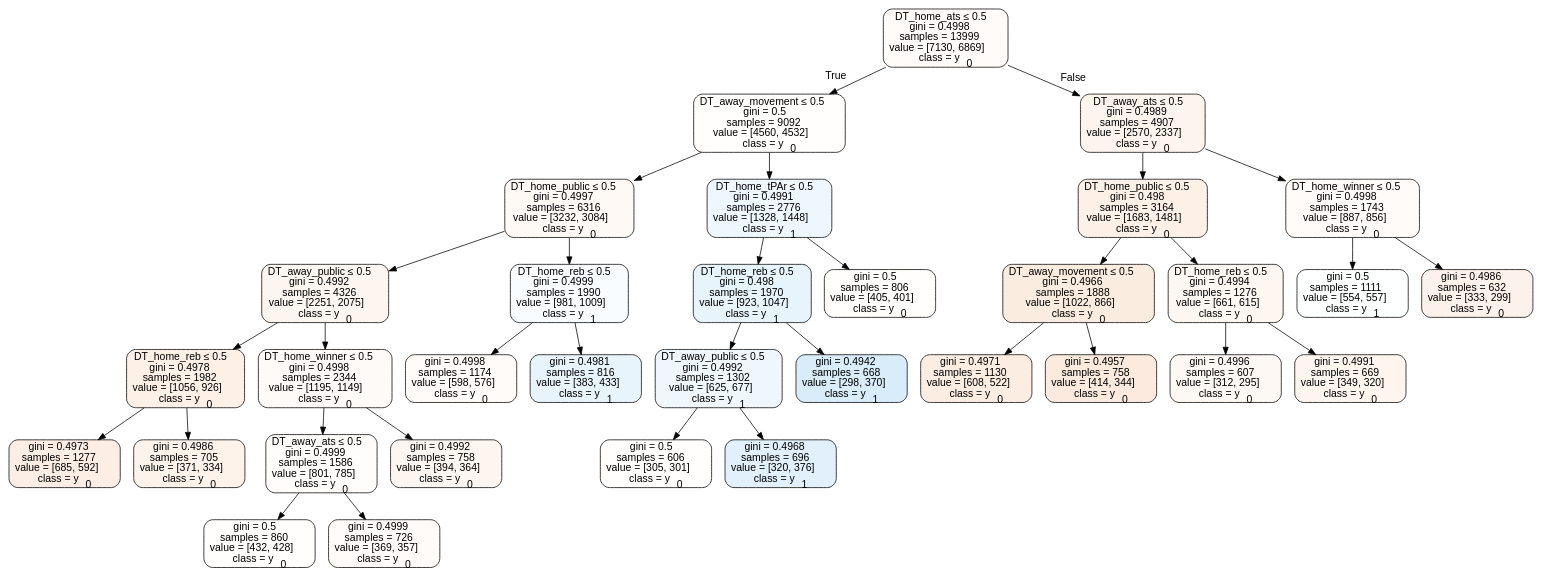
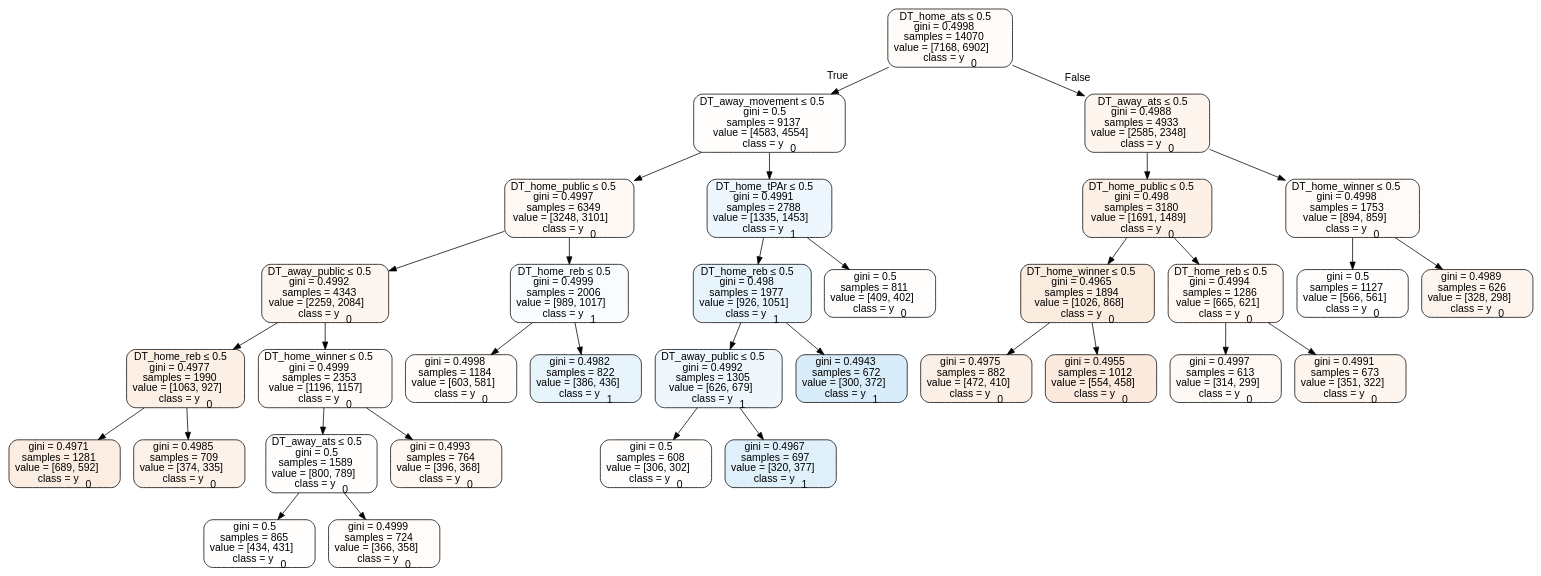
One commit to usbogie/ncaa-bets changed the diagram in tree_data/tree2012home.dot. Above: the diagram before and after it, drawn with Graphviz. The commit also changed 27 other files, not shown here.

```diff
--- a/tree_data/tree2012home.dot
+++ b/tree_data/tree2012home.dot
@@ -1,69 +1,69 @@
 digraph Tree {
 node [shape=box, style="filled, rounded", color="black", fontname=helvetica] ;
 edge [fontname=helvetica] ;
-0 [label=<DT_home_ats &le; 0.5<br/>gini = 0.4998<br/>samples = 13999<br/>value = [7130, 6869]<br/>class = y<SUB>0</SUB>>, fillcolor="#e5813909"] ;
-1 [label=<DT_away_movement &le; 0.5<br/>gini = 0.5<br/>samples = 9092<br/>value = [4560, 4532]<br/>class = y<SUB>0</SUB>>, fillcolor="#e5813902"] ;
+0 [label=<DT_home_ats &le; 0.5<br/>gini = 0.4998<br/>samples = 14070<br/>value = [7168, 6902]<br/>class = y<SUB>0</SUB>>, fillcolor="#e5813909"] ;
+1 [label=<DT_away_movement &le; 0.5<br/>gini = 0.5<br/>samples = 9137<br/>value = [4583, 4554]<br/>class = y<SUB>0</SUB>>, fillcolor="#e5813902"] ;
 0 -> 1 [labeldistance=2.5, labelangle=45, headlabel="True"] ;
-2 [label=<DT_home_public &le; 0.5<br/>gini = 0.4997<br/>samples = 6316<br/>value = [3232, 3084]<br/>class = y<SUB>0</SUB>>, fillcolor="#e581390c"] ;
+2 [label=<DT_home_public &le; 0.5<br/>gini = 0.4997<br/>samples = 6349<br/>value = [3248, 3101]<br/>class = y<SUB>0</SUB>>, fillcolor="#e581390c"] ;
 1 -> 2 ;
-3 [label=<DT_away_public &le; 0.5<br/>gini = 0.4992<br/>samples = 4326<br/>value = [2251, 2075]<br/>class = y<SUB>0</SUB>>, fillcolor="#e5813914"] ;
+3 [label=<DT_away_public &le; 0.5<br/>gini = 0.4992<br/>samples = 4343<br/>value = [2259, 2084]<br/>class = y<SUB>0</SUB>>, fillcolor="#e5813914"] ;
 2 -> 3 ;
-4 [label=<DT_home_reb &le; 0.5<br/>gini = 0.4978<br/>samples = 1982<br/>value = [1056, 926]<br/>class = y<SUB>0</SUB>>, fillcolor="#e581391f"] ;
+4 [label=<DT_home_reb &le; 0.5<br/>gini = 0.4977<br/>samples = 1990<br/>value = [1063, 927]<br/>class = y<SUB>0</SUB>>, fillcolor="#e5813921"] ;
 3 -> 4 ;
-5 [label=<gini = 0.4973<br/>samples = 1277<br/>value = [685, 592]<br/>class = y<SUB>0</SUB>>, fillcolor="#e5813923"] ;
+5 [label=<gini = 0.4971<br/>samples = 1281<br/>value = [689, 592]<br/>class = y<SUB>0</SUB>>, fillcolor="#e5813924"] ;
 4 -> 5 ;
-6 [label=<gini = 0.4986<br/>samples = 705<br/>value = [371, 334]<br/>class = y<SUB>0</SUB>>, fillcolor="#e5813919"] ;
+6 [label=<gini = 0.4985<br/>samples = 709<br/>value = [374, 335]<br/>class = y<SUB>0</SUB>>, fillcolor="#e581391b"] ;
 4 -> 6 ;
-7 [label=<DT_home_winner &le; 0.5<br/>gini = 0.4998<br/>samples = 2344<br/>value = [1195, 1149]<br/>class = y<SUB>0</SUB>>, fillcolor="#e581390a"] ;
+7 [label=<DT_home_winner &le; 0.5<br/>gini = 0.4999<br/>samples = 2353<br/>value = [1196, 1157]<br/>class = y<SUB>0</SUB>>, fillcolor="#e5813908"] ;
 3 -> 7 ;
-8 [label=<DT_away_ats &le; 0.5<br/>gini = 0.4999<br/>samples = 1586<br/>value = [801, 785]<br/>class = y<SUB>0</SUB>>, fillcolor="#e5813905"] ;
+8 [label=<DT_away_ats &le; 0.5<br/>gini = 0.5<br/>samples = 1589<br/>value = [800, 789]<br/>class = y<SUB>0</SUB>>, fillcolor="#e5813904"] ;
 7 -> 8 ;
-9 [label=<gini = 0.5<br/>samples = 860<br/>value = [432, 428]<br/>class = y<SUB>0</SUB>>, fillcolor="#e5813902"] ;
+9 [label=<gini = 0.5<br/>samples = 865<br/>value = [434, 431]<br/>class = y<SUB>0</SUB>>, fillcolor="#e5813902"] ;
 8 -> 9 ;
-10 [label=<gini = 0.4999<br/>samples = 726<br/>value = [369, 357]<br/>class = y<SUB>0</SUB>>, fillcolor="#e5813908"] ;
+10 [label=<gini = 0.4999<br/>samples = 724<br/>value = [366, 358]<br/>class = y<SUB>0</SUB>>, fillcolor="#e5813906"] ;
 8 -> 10 ;
-11 [label=<gini = 0.4992<br/>samples = 758<br/>value = [394, 364]<br/>class = y<SUB>0</SUB>>, fillcolor="#e5813913"] ;
+11 [label=<gini = 0.4993<br/>samples = 764<br/>value = [396, 368]<br/>class = y<SUB>0</SUB>>, fillcolor="#e5813912"] ;
 7 -> 11 ;
-12 [label=<DT_home_reb &le; 0.5<br/>gini = 0.4999<br/>samples = 1990<br/>value = [981, 1009]<br/>class = y<SUB>1</SUB>>, fillcolor="#399de507"] ;
+12 [label=<DT_home_reb &le; 0.5<br/>gini = 0.4999<br/>samples = 2006<br/>value = [989, 1017]<br/>class = y<SUB>1</SUB>>, fillcolor="#399de507"] ;
 2 -> 12 ;
-13 [label=<gini = 0.4998<br/>samples = 1174<br/>value = [598, 576]<br/>class = y<SUB>0</SUB>>, fillcolor="#e5813909"] ;
+13 [label=<gini = 0.4998<br/>samples = 1184<br/>value = [603, 581]<br/>class = y<SUB>0</SUB>>, fillcolor="#e5813909"] ;
 12 -> 13 ;
-14 [label=<gini = 0.4981<br/>samples = 816<br/>value = [383, 433]<br/>class = y<SUB>1</SUB>>, fillcolor="#399de51d"] ;
+14 [label=<gini = 0.4982<br/>samples = 822<br/>value = [386, 436]<br/>class = y<SUB>1</SUB>>, fillcolor="#399de51d"] ;
 12 -> 14 ;
-15 [label=<DT_home_tPAr &le; 0.5<br/>gini = 0.4991<br/>samples = 2776<br/>value = [1328, 1448]<br/>class = y<SUB>1</SUB>>, fillcolor="#399de515"] ;
+15 [label=<DT_home_tPAr &le; 0.5<br/>gini = 0.4991<br/>samples = 2788<br/>value = [1335, 1453]<br/>class = y<SUB>1</SUB>>, fillcolor="#399de515"] ;
 1 -> 15 ;
-16 [label=<DT_home_reb &le; 0.5<br/>gini = 0.498<br/>samples = 1970<br/>value = [923, 1047]<br/>class = y<SUB>1</SUB>>, fillcolor="#399de51e"] ;
+16 [label=<DT_home_reb &le; 0.5<br/>gini = 0.498<br/>samples = 1977<br/>value = [926, 1051]<br/>class = y<SUB>1</SUB>>, fillcolor="#399de51e"] ;
 15 -> 16 ;
-17 [label=<DT_away_public &le; 0.5<br/>gini = 0.4992<br/>samples = 1302<br/>value = [625, 677]<br/>class = y<SUB>1</SUB>>, fillcolor="#399de514"] ;
+17 [label=<DT_away_public &le; 0.5<br/>gini = 0.4992<br/>samples = 1305<br/>value = [626, 679]<br/>class = y<SUB>1</SUB>>, fillcolor="#399de514"] ;
 16 -> 17 ;
-18 [label=<gini = 0.5<br/>samples = 606<br/>value = [305, 301]<br/>class = y<SUB>0</SUB>>, fillcolor="#e5813903"] ;
+18 [label=<gini = 0.5<br/>samples = 608<br/>value = [306, 302]<br/>class = y<SUB>0</SUB>>, fillcolor="#e5813903"] ;
 17 -> 18 ;
-19 [label=<gini = 0.4968<br/>samples = 696<br/>value = [320, 376]<br/>class = y<SUB>1</SUB>>, fillcolor="#399de526"] ;
+19 [label=<gini = 0.4967<br/>samples = 697<br/>value = [320, 377]<br/>class = y<SUB>1</SUB>>, fillcolor="#399de527"] ;
 17 -> 19 ;
-20 [label=<gini = 0.4942<br/>samples = 668<br/>value = [298, 370]<br/>class = y<SUB>1</SUB>>, fillcolor="#399de532"] ;
+20 [label=<gini = 0.4943<br/>samples = 672<br/>value = [300, 372]<br/>class = y<SUB>1</SUB>>, fillcolor="#399de531"] ;
 16 -> 20 ;
-21 [label=<gini = 0.5<br/>samples = 806<br/>value = [405, 401]<br/>class = y<SUB>0</SUB>>, fillcolor="#e5813903"] ;
+21 [label=<gini = 0.5<br/>samples = 811<br/>value = [409, 402]<br/>class = y<SUB>0</SUB>>, fillcolor="#e5813904"] ;
 15 -> 21 ;
-22 [label=<DT_away_ats &le; 0.5<br/>gini = 0.4989<br/>samples = 4907<br/>value = [2570, 2337]<br/>class = y<SUB>0</SUB>>, fillcolor="#e5813917"] ;
+22 [label=<DT_away_ats &le; 0.5<br/>gini = 0.4988<br/>samples = 4933<br/>value = [2585, 2348]<br/>class = y<SUB>0</SUB>>, fillcolor="#e5813917"] ;
 0 -> 22 [labeldistance=2.5, labelangle=-45, headlabel="False"] ;
-23 [label=<DT_home_public &le; 0.5<br/>gini = 0.498<br/>samples = 3164<br/>value = [1683, 1481]<br/>class = y<SUB>0</SUB>>, fillcolor="#e581391f"] ;
+23 [label=<DT_home_public &le; 0.5<br/>gini = 0.498<br/>samples = 3180<br/>value = [1691, 1489]<br/>class = y<SUB>0</SUB>>, fillcolor="#e581391e"] ;
 22 -> 23 ;
-24 [label=<DT_away_movement &le; 0.5<br/>gini = 0.4966<br/>samples = 1888<br/>value = [1022, 866]<br/>class = y<SUB>0</SUB>>, fillcolor="#e5813927"] ;
+24 [label=<DT_home_winner &le; 0.5<br/>gini = 0.4965<br/>samples = 1894<br/>value = [1026, 868]<br/>class = y<SUB>0</SUB>>, fillcolor="#e5813927"] ;
 23 -> 24 ;
-25 [label=<gini = 0.4971<br/>samples = 1130<br/>value = [608, 522]<br/>class = y<SUB>0</SUB>>, fillcolor="#e5813924"] ;
+25 [label=<gini = 0.4975<br/>samples = 882<br/>value = [472, 410]<br/>class = y<SUB>0</SUB>>, fillcolor="#e5813921"] ;
 24 -> 25 ;
-26 [label=<gini = 0.4957<br/>samples = 758<br/>value = [414, 344]<br/>class = y<SUB>0</SUB>>, fillcolor="#e581392b"] ;
+26 [label=<gini = 0.4955<br/>samples = 1012<br/>value = [554, 458]<br/>class = y<SUB>0</SUB>>, fillcolor="#e581392c"] ;
 24 -> 26 ;
-27 [label=<DT_home_reb &le; 0.5<br/>gini = 0.4994<br/>samples = 1276<br/>value = [661, 615]<br/>class = y<SUB>0</SUB>>, fillcolor="#e5813912"] ;
+27 [label=<DT_home_reb &le; 0.5<br/>gini = 0.4994<br/>samples = 1286<br/>value = [665, 621]<br/>class = y<SUB>0</SUB>>, fillcolor="#e5813911"] ;
 23 -> 27 ;
-28 [label=<gini = 0.4996<br/>samples = 607<br/>value = [312, 295]<br/>class = y<SUB>0</SUB>>, fillcolor="#e581390e"] ;
+28 [label=<gini = 0.4997<br/>samples = 613<br/>value = [314, 299]<br/>class = y<SUB>0</SUB>>, fillcolor="#e581390c"] ;
 27 -> 28 ;
-29 [label=<gini = 0.4991<br/>samples = 669<br/>value = [349, 320]<br/>class = y<SUB>0</SUB>>, fillcolor="#e5813915"] ;
+29 [label=<gini = 0.4991<br/>samples = 673<br/>value = [351, 322]<br/>class = y<SUB>0</SUB>>, fillcolor="#e5813915"] ;
 27 -> 29 ;
-30 [label=<DT_home_winner &le; 0.5<br/>gini = 0.4998<br/>samples = 1743<br/>value = [887, 856]<br/>class = y<SUB>0</SUB>>, fillcolor="#e5813909"] ;
+30 [label=<DT_home_winner &le; 0.5<br/>gini = 0.4998<br/>samples = 1753<br/>value = [894, 859]<br/>class = y<SUB>0</SUB>>, fillcolor="#e581390a"] ;
 22 -> 30 ;
-31 [label=<gini = 0.5<br/>samples = 1111<br/>value = [554, 557]<br/>class = y<SUB>1</SUB>>, fillcolor="#399de501"] ;
+31 [label=<gini = 0.5<br/>samples = 1127<br/>value = [566, 561]<br/>class = y<SUB>0</SUB>>, fillcolor="#e5813902"] ;
 30 -> 31 ;
-32 [label=<gini = 0.4986<br/>samples = 632<br/>value = [333, 299]<br/>class = y<SUB>0</SUB>>, fillcolor="#e581391a"] ;
+32 [label=<gini = 0.4989<br/>samples = 626<br/>value = [328, 298]<br/>class = y<SUB>0</SUB>>, fillcolor="#e5813917"] ;
 30 -> 32 ;
 }
```
